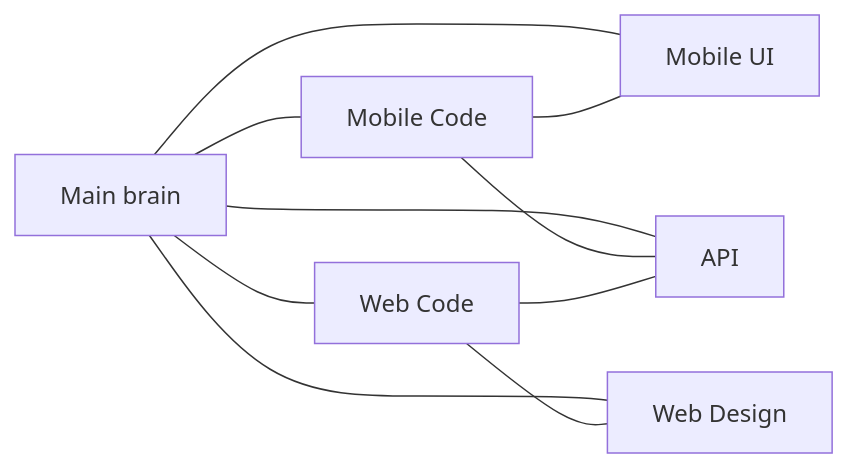
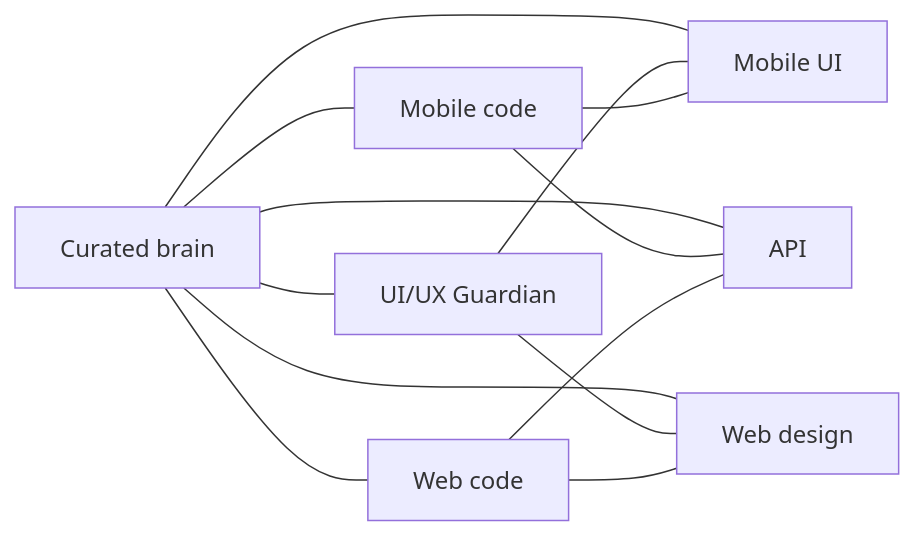
Before and after one commit to DhruvDave01/territorool-ai-brain: the diagram in brains/README.md, drawn with Mermaid. The commit also changed other lines of this file and 7813 other files, not shown here.

First line of the commit message:
Publish the curated MasterBrain vault.

````diff
--- a/brains/README.md
+++ b/brains/README.md
@@ -33,18 +16,22 @@
 ```mermaid
 flowchart LR
-  main["Main brain"]
-  mc[Mobile Code]
-  mui[Mobile UI]
-  wc[Web Code]
-  wd[Web Design]
-  api[API]
+  main["Curated brain"]
+  g["UI/UX Guardian"]
+  mc["Mobile code"]
+  mui["Mobile UI"]
+  wc["Web code"]
+  wd["Web design"]
+  api["API"]
   main --- mc
   main --- mui
   main --- wc
   main --- wd
   main --- api
+  main --- g
+  g --- mui
+  g --- wd
   mc --- mui
   mc --- api
   wc --- wd
   wc --- api
 ```
````
